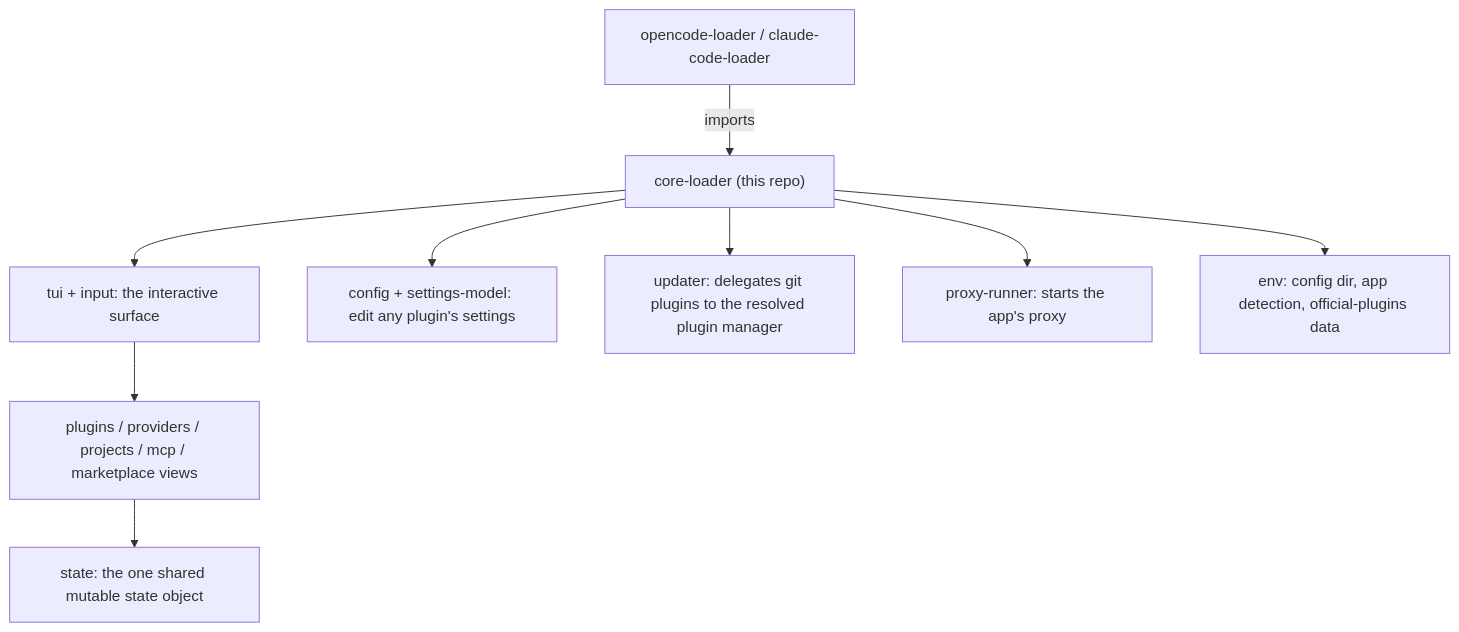
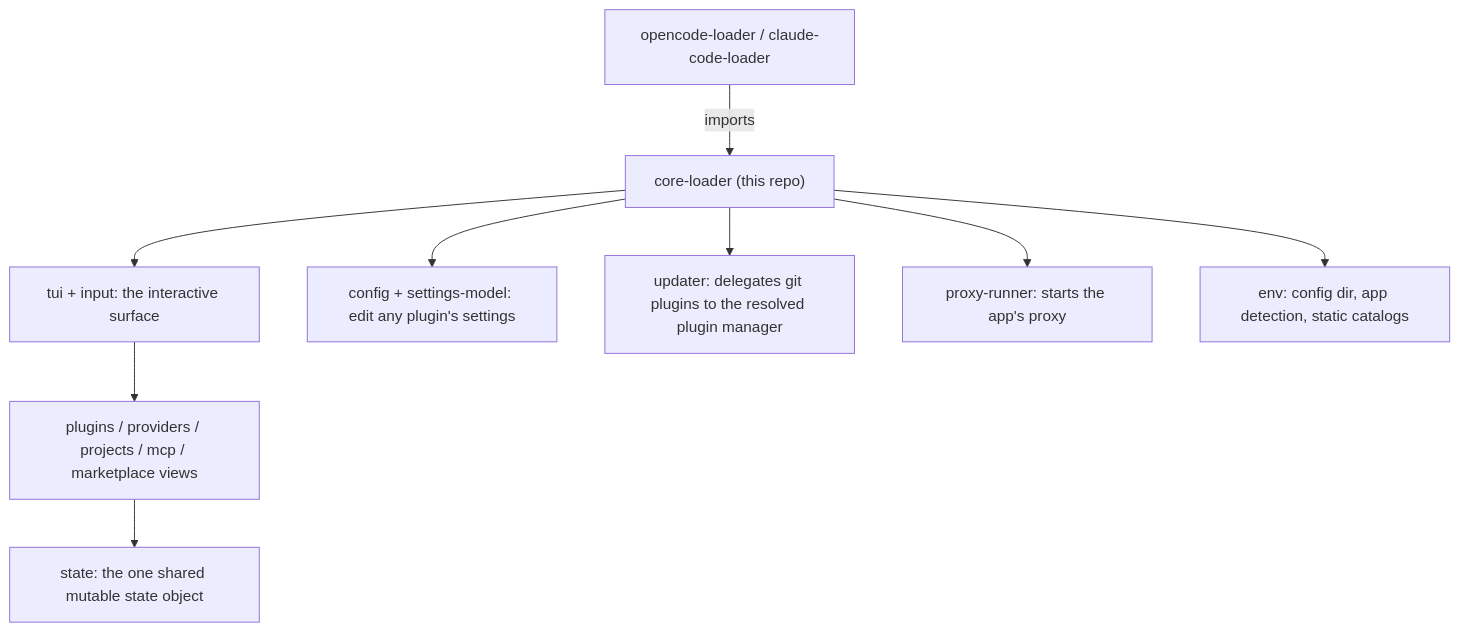
The diagram in README.md (intisy-ai/core-loader), drawn with Mermaid before and after one commit. The commit also changed other lines of this file and 4 other files, not shown here.

````diff
--- a/README.md
+++ b/README.md
@@ -14,11 +14,11 @@
 ```mermaid
 flowchart TD
     LOADER["opencode-loader / claude-code-loader"] -->|imports| CL["core-loader (this repo)"]
     CL --> TUI["tui + input: the interactive surface"]
     TUI --> VIEWS["plugins / providers / projects / mcp / marketplace views"]
     VIEWS --> ST["state: the one shared mutable state object"]
     CL --> CFG["config + settings-model: edit any plugin's settings"]
     CL --> UPD["updater: delegates git plugins to the resolved plugin manager"]
     CL --> PROXY["proxy-runner: starts the app's proxy"]
-    CL --> ENV["env: config dir, app detection, official-plugins data"]
+    CL --> ENV["env: config dir, app detection, static catalogs"]
 ```
````
